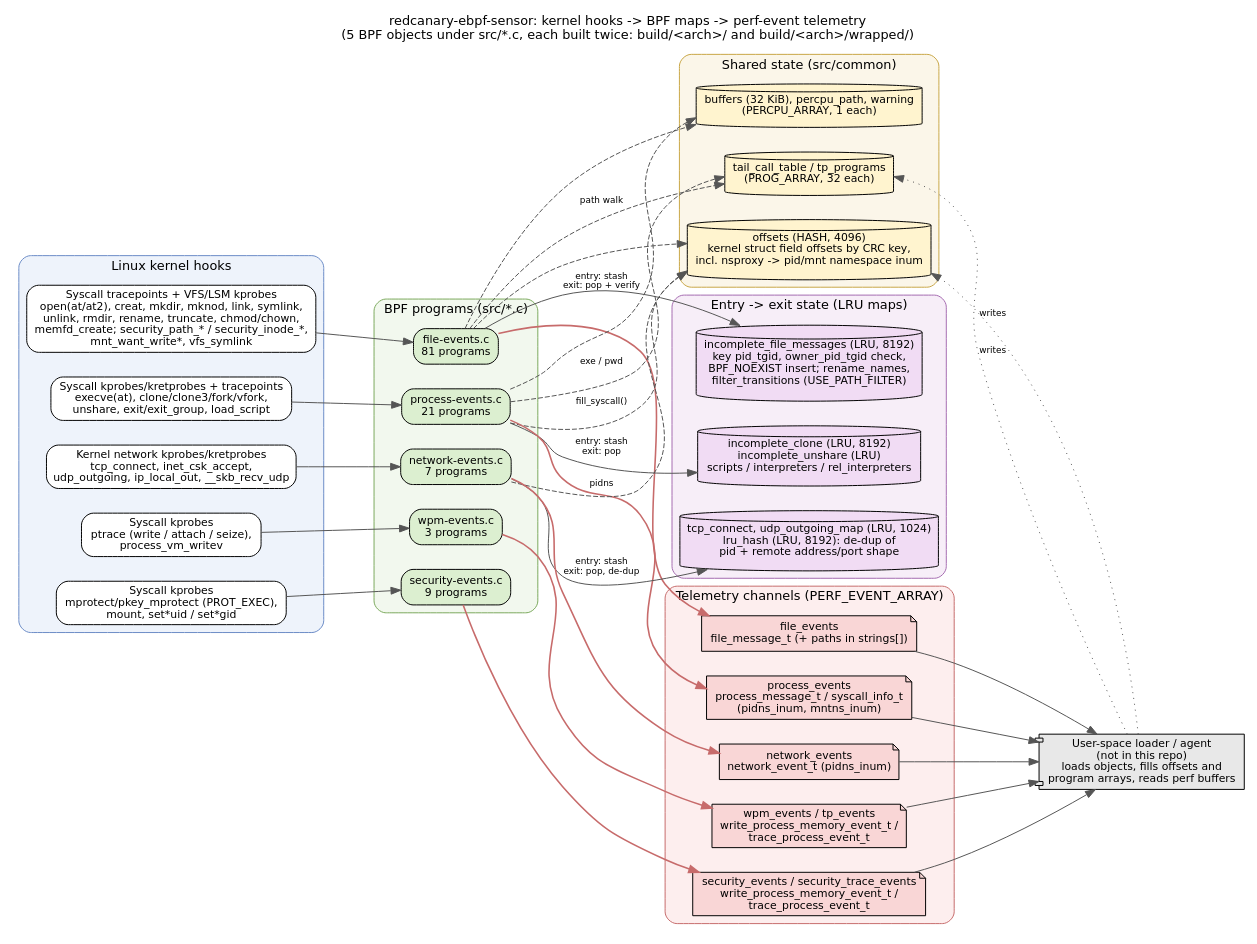
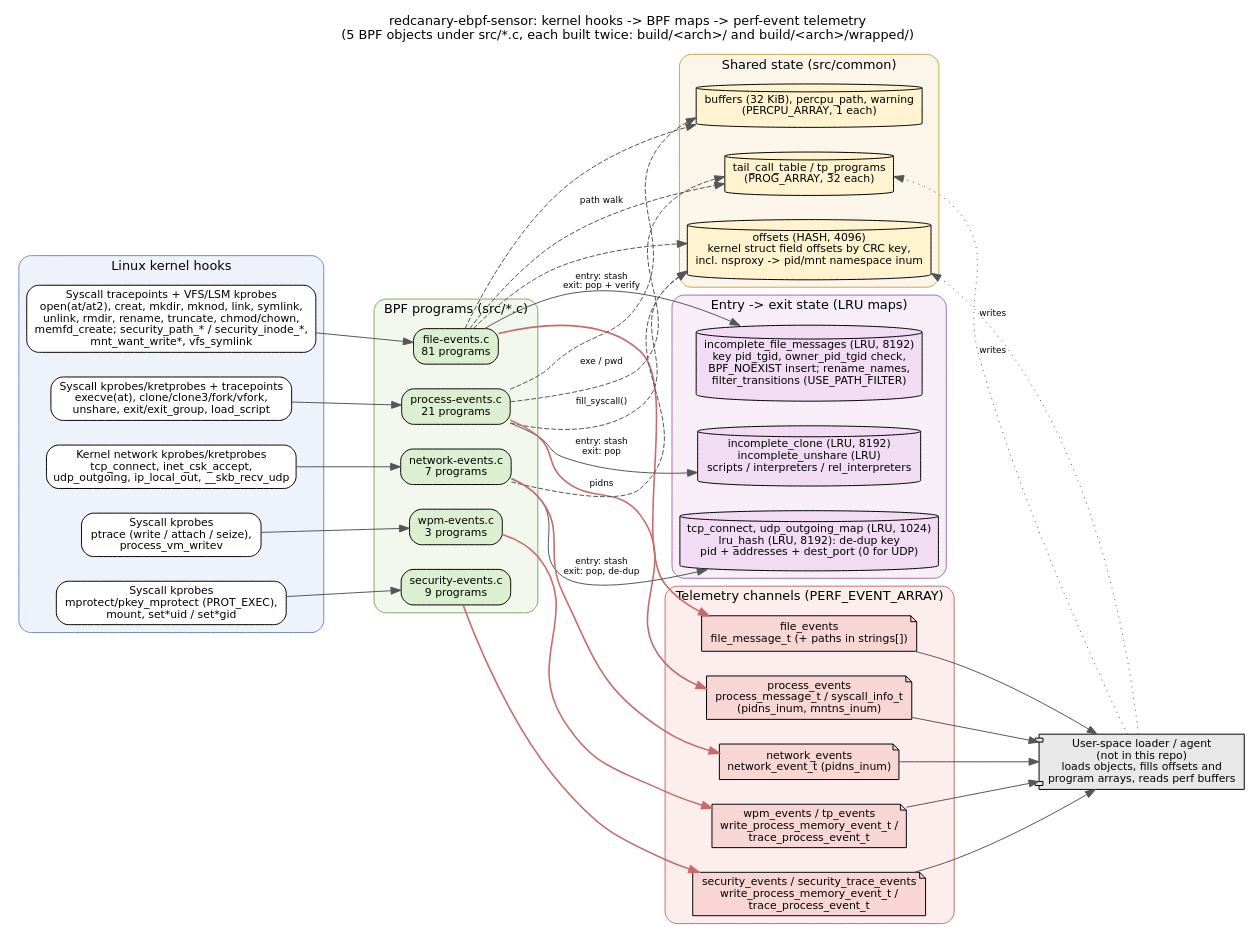
Before and after one commit to COG-GTM/redcanary-ebpf-sensor: the diagram in docs/diagrams/architecture.dot, drawn with Graphviz. The commit also changed 3 other files, not shown here.

Commit message:
docs: feature - mark tail-call-only sections and correct network de-dup key

```diff
--- a/docs/diagrams/architecture.dot
+++ b/docs/diagrams/architecture.dot
@@ -1,77 +1,77 @@
 // redcanary-ebpf-sensor architecture: probes -> maps -> telemetry.
 // Edit this file, then re-render:
 //   dot -Tpng -Gdpi=110 docs/diagrams/architecture.dot -o docs/diagrams/architecture.png
 //   dot -Tsvg docs/diagrams/architecture.dot -o docs/diagrams/architecture.svg
 digraph architecture {
   graph [rankdir=LR, fontname="DejaVu Sans", fontsize=13, nodesep=0.35, ranksep=0.9,
          labelloc=t, label="redcanary-ebpf-sensor: kernel hooks -> BPF maps -> perf-event telemetry\n(5 BPF objects under src/*.c, each built twice: build/<arch>/ and build/<arch>/wrapped/)"];
   node  [shape=box, style="rounded,filled", fontname="DejaVu Sans", fontsize=11, fillcolor="#ffffff"];
   edge  [fontname="DejaVu Sans", fontsize=9, color="#555555"];
 
   subgraph cluster_kernel {
     label="Linux kernel hooks"; style="rounded,filled"; fillcolor="#eef3fb"; color="#6b8cc7";
     k_file [label="Syscall tracepoints + VFS/LSM kprobes\nopen(at/at2), creat, mkdir, mknod, link, symlink,\nunlink, rmdir, rename, truncate, chmod/chown,\nmemfd_create; security_path_* / security_inode_*,\nmnt_want_write*, vfs_symlink"];
     k_proc [label="Syscall kprobes/kretprobes + tracepoints\nexecve(at), clone/clone3/fork/vfork,\nunshare, exit/exit_group, load_script"];
     k_net  [label="Kernel network kprobes/kretprobes\ntcp_connect, inet_csk_accept,\nudp_outgoing, ip_local_out, __skb_recv_udp"];
     k_wpm  [label="Syscall kprobes\nptrace (write / attach / seize),\nprocess_vm_writev"];
     k_sec  [label="Syscall kprobes\nmprotect/pkey_mprotect (PROT_EXEC),\nmount, set*uid / set*gid"];
   }
 
   subgraph cluster_bpf {
     label="BPF programs (src/*.c)"; style="rounded,filled"; fillcolor="#f2f8ee"; color="#7aa95c";
     p_file [label="file-events.c\n81 programs", fillcolor="#dcefd0"];
     p_proc [label="process-events.c\n21 programs", fillcolor="#dcefd0"];
     p_net  [label="network-events.c\n7 programs", fillcolor="#dcefd0"];
     p_wpm  [label="wpm-events.c\n3 programs", fillcolor="#dcefd0"];
     p_sec  [label="security-events.c\n9 programs", fillcolor="#dcefd0"];
   }
 
   subgraph cluster_shared {
     label="Shared state (src/common)"; style="rounded,filled"; fillcolor="#fbf6e9"; color="#c9a646";
     m_offsets [label="offsets (HASH, 4096)\nkernel struct field offsets by CRC key,\nincl. nsproxy -> pid/mnt namespace inum", shape=cylinder, fillcolor="#fff4cf"];
     m_tail    [label="tail_call_table / tp_programs\n(PROG_ARRAY, 32 each)", shape=cylinder, fillcolor="#fff4cf"];
     m_percpu  [label="buffers (32 KiB), percpu_path, warning\n(PERCPU_ARRAY, 1 each)", shape=cylinder, fillcolor="#fff4cf"];
   }
 
   subgraph cluster_state {
     label="Entry -> exit state (LRU maps)"; style="rounded,filled"; fillcolor="#f7eef8"; color="#a56bb0";
     m_incfile [label="incomplete_file_messages (LRU, 8192)\nkey pid_tgid, owner_pid_tgid check,\nBPF_NOEXIST insert; rename_names,\nfilter_transitions (USE_PATH_FILTER)", shape=cylinder, fillcolor="#f1dcf4"];
     m_incproc [label="incomplete_clone (LRU, 8192)\nincomplete_unshare (LRU)\nscripts / interpreters / rel_interpreters", shape=cylinder, fillcolor="#f1dcf4"];
-    m_incnet  [label="tcp_connect, udp_outgoing_map (LRU, 1024)\nlru_hash (LRU, 8192): de-dup of\npid + remote address/port shape", shape=cylinder, fillcolor="#f1dcf4"];
+    m_incnet  [label="tcp_connect, udp_outgoing_map (LRU, 1024)\nlru_hash (LRU, 8192): de-dup key\npid + addresses + dest_port (0 for UDP)", shape=cylinder, fillcolor="#f1dcf4"];
   }
 
   subgraph cluster_out {
     label="Telemetry channels (PERF_EVENT_ARRAY)"; style="rounded,filled"; fillcolor="#fdeeee"; color="#c76b6b";
     o_file [label="file_events\nfile_message_t (+ paths in strings[])", shape=note, fillcolor="#f9d6d6"];
     o_proc [label="process_events\nprocess_message_t / syscall_info_t\n(pidns_inum, mntns_inum)", shape=note, fillcolor="#f9d6d6"];
     o_net  [label="network_events\nnetwork_event_t (pidns_inum)", shape=note, fillcolor="#f9d6d6"];
     o_wpm  [label="wpm_events / tp_events\nwrite_process_memory_event_t /\ntrace_process_event_t", shape=note, fillcolor="#f9d6d6"];
     o_sec  [label="security_events / security_trace_events\nwrite_process_memory_event_t /\ntrace_process_event_t", shape=note, fillcolor="#f9d6d6"];
   }
 
   user [label="User-space loader / agent\n(not in this repo)\nloads objects, fills offsets and\nprogram arrays, reads perf buffers", shape=component, fillcolor="#e8e8e8"];
 
   k_file -> p_file; k_proc -> p_proc; k_net -> p_net; k_wpm -> p_wpm; k_sec -> p_sec;
 
   p_file -> m_incfile [label="entry: stash\nexit: pop + verify"];
   p_proc -> m_incproc [label="entry: stash\nexit: pop"];
   p_net  -> m_incnet  [label="entry: stash\nexit: pop, de-dup"];
 
   p_file -> m_tail [style=dashed, label="path walk"];
   p_proc -> m_tail [style=dashed, label="exe / pwd"];
   p_file -> m_percpu [style=dashed];
   p_proc -> m_percpu [style=dashed];
   p_proc -> m_offsets [style=dashed, label="fill_syscall()"];
   p_file -> m_offsets [style=dashed];
   p_net  -> m_offsets [style=dashed, label="pidns"];
 
   p_file -> o_file [color="#c76b6b", penwidth=1.6];
   p_proc -> o_proc [color="#c76b6b", penwidth=1.6];
   p_net  -> o_net  [color="#c76b6b", penwidth=1.6];
   p_wpm  -> o_wpm  [color="#c76b6b", penwidth=1.6];
   p_sec  -> o_sec  [color="#c76b6b", penwidth=1.6];
 
   o_file -> user; o_proc -> user; o_net -> user; o_wpm -> user; o_sec -> user;
   user -> m_offsets [style=dotted, constraint=false, label="writes"];
   user -> m_tail    [style=dotted, constraint=false, label="writes"];
 }
```
